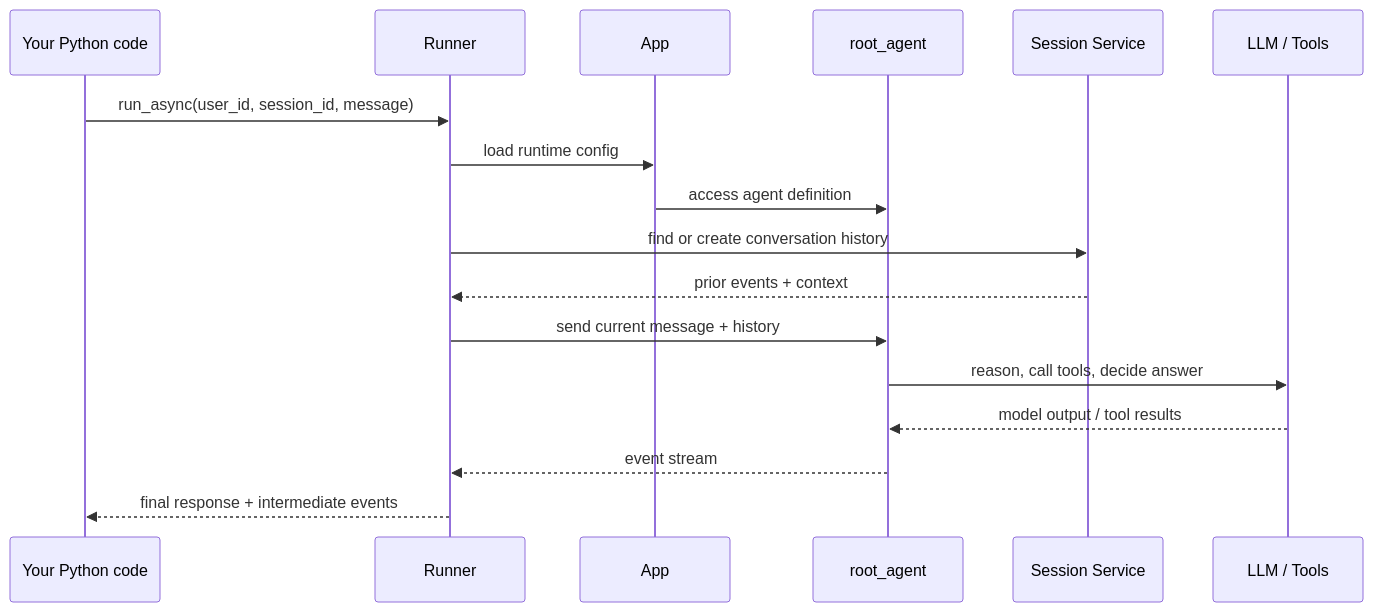
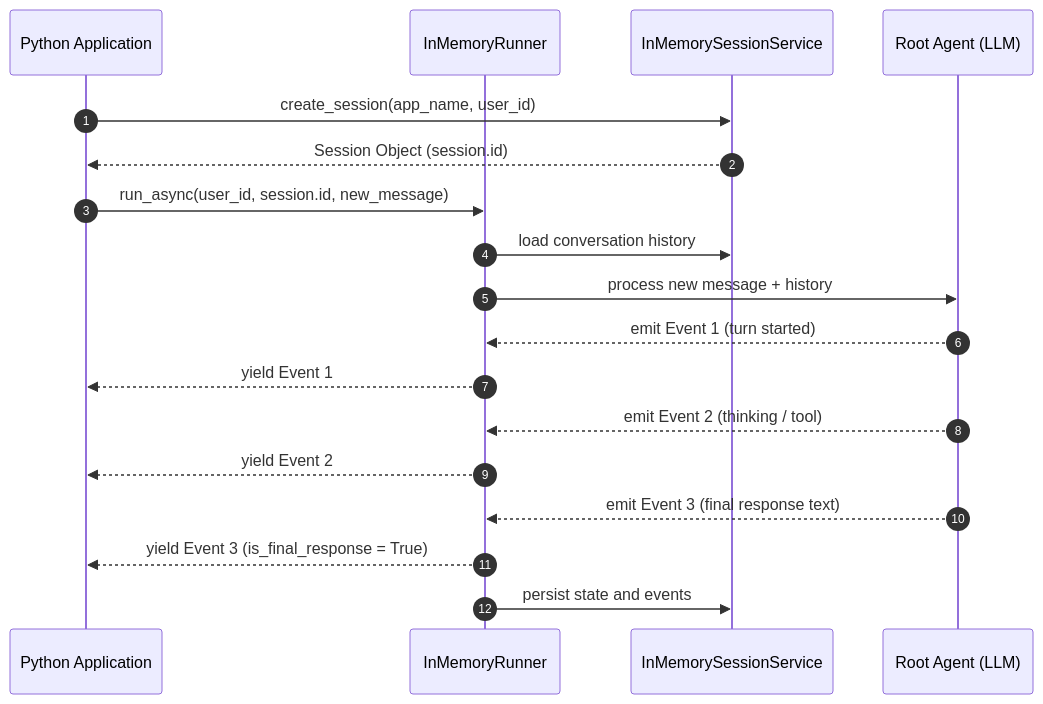
Before and after one commit to inderanz/google-adk-training: the third of 3 diagrams in training/module06-programmatic-execution/README.md, drawn with Mermaid. The commit also changed other lines of this file and 72 other files, not shown here.

````diff
--- a/training/module06-programmatic-execution/README.md
+++ b/training/module06-programmatic-execution/README.md
@@ -283,20 +261,21 @@
 ```mermaid
 sequenceDiagram
-    participant U as Your Python code
-    participant R as Runner
-    participant A as App
-    participant G as root_agent
-    participant S as Session Service
-    participant M as LLM / Tools
+    autonumber
+    participant App as Python Application
+    participant Runner as InMemoryRunner
+    participant Session as InMemorySessionService
+    participant Agent as Root Agent (LLM)
 
-    U->>R: run_async(user_id, session_id, message)
-    R->>A: load runtime config
-    A->>G: access agent definition
-    R->>S: find or create conversation history
-    S-->>R: prior events + context
-    R->>G: send current message + history
-    G->>M: reason, call tools, decide answer
-    M-->>G: model output / tool results
-    G-->>R: event stream
-    R-->>U: final response + intermediate events
+    App->>Session: create_session(app_name, user_id)
+    Session-->>App: Session Object (session.id)
+    App->>Runner: run_async(user_id, session.id, new_message)
+    Runner->>Session: load conversation history
+    Runner->>Agent: process new message + history
+    Agent-->>Runner: emit Event 1 (turn started)
+    Runner-->>App: yield Event 1
+    Agent-->>Runner: emit Event 2 (thinking / tool)
+    Runner-->>App: yield Event 2
+    Agent-->>Runner: emit Event 3 (final response text)
+    Runner-->>App: yield Event 3 (is_final_response = True)
+    Runner->>Session: persist state and events
 ```
````
